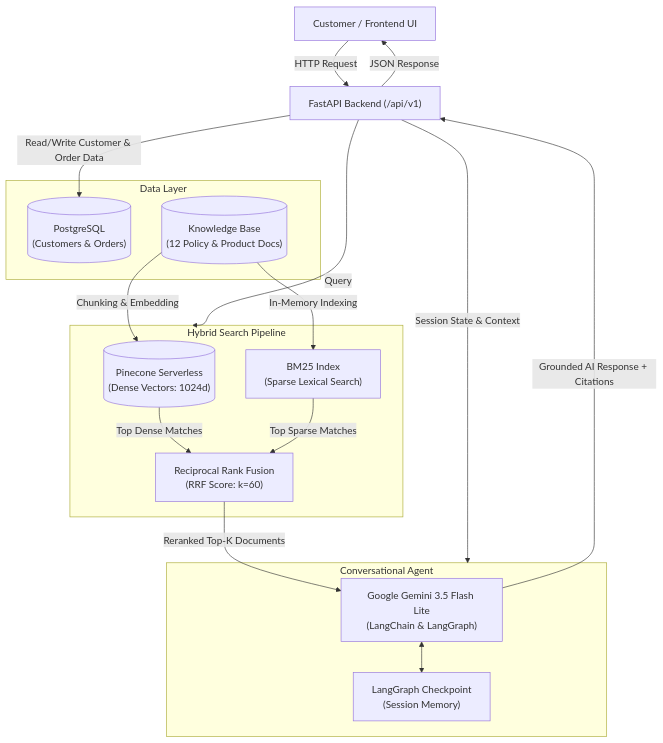
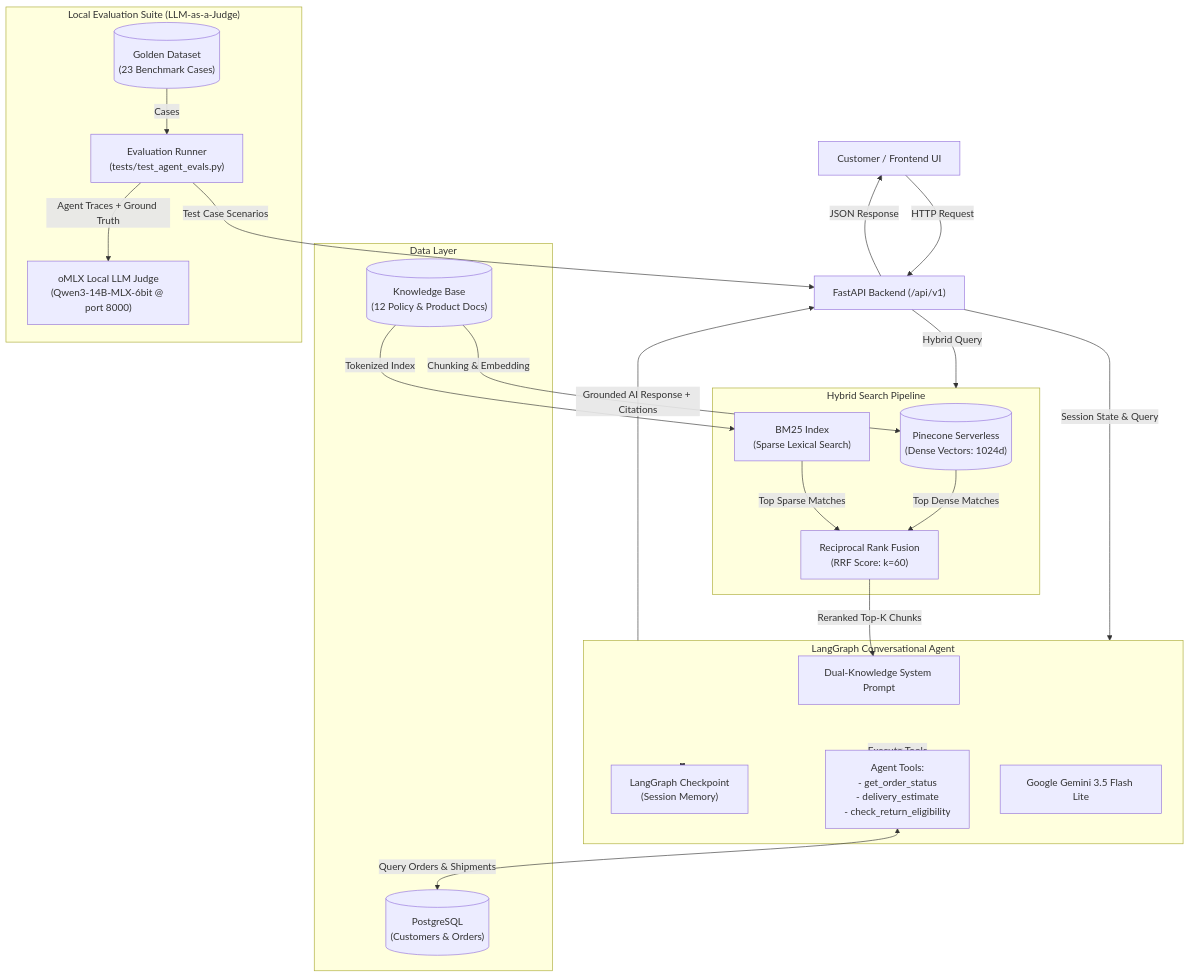
The diagram in README.md (rahulrajesh21/hybrid-rag-ecommerce-agent), drawn with Mermaid before and after one commit. The commit also changed other lines of this file and 1 other file, not shown here.

Commit message:
docs: update README with dual-knowledge architecture and LLM-as-a-judge evaluation suite

````diff
--- a/README.md
+++ b/README.md
@@ -11,32 +11,46 @@
 ```mermaid
 flowchart TD
     User["Customer / Frontend UI"] -->|HTTP Request| API["FastAPI Backend (/api/v1)"]
-    
+
     subgraph Storage ["Data Layer"]
         PG[("PostgreSQL\n(Customers & Orders)")]
         KB[("Knowledge Base\n(12 Policy & Product Docs)")]
     end
 
     subgraph RAG ["Hybrid Search Pipeline"]
         Pinecone[("Pinecone Serverless\n(Dense Vectors: 1024d)")]
         BM25["BM25 Index\n(Sparse Lexical Search)"]
         RRF["Reciprocal Rank Fusion\n(RRF Score: k=60)"]
     end
 
-    subgraph Agent ["Conversational Agent"]
-        Gemini["Google Gemini 3.5 Flash Lite\n(LangChain & LangGraph)"]
+    subgraph Agent ["LangGraph Conversational Agent"]
+        SystemPrompt["Dual-Knowledge System Prompt"]
+        Tools["Agent Tools:\n- get_order_status\n- delivery_estimate\n- check_return_eligibility"]
         Memory["LangGraph Checkpoint\n(Session Memory)"]
+        Gemini["Google Gemini 3.5 Flash Lite"]
     end
 
-    API -->|Read/Write Customer & Order Data| PG
-    API -->|Query| RAG
+    subgraph Evals ["Local Evaluation Suite (LLM-as-a-Judge)"]
+        GoldenDS[("Golden Dataset\n(23 Benchmark Cases)")]
+        EvalRunner["Evaluation Runner\n(tests/test_agent_evals.py)"]
+        JudgeModel["oMLX Local LLM Judge\n(Qwen3-14B-MLX-6bit @ port 8000)"]
+    end
+
+    API -->|Session State & Query| Agent
+    API -->|Hybrid Query| RAG
     KB -->|Chunking & Embedding| Pinecone
-    KB -->|In-Memory Indexing| BM25
+    KB -->|Tokenized Index| BM25
     Pinecone -->|Top Dense Matches| RRF
     BM25 -->|Top Sparse Matches| RRF
-    RRF -->|Reranked Top-K Documents| Gemini
-    API -->|Session State & Context| Agent
-    Gemini <--> Memory
-    Gemini -->|Grounded AI Response + Citations| API
+    RRF -->|Reranked Top-K Chunks| SystemPrompt
+    
+    Agent <-->|Execute Tools| Tools
+    Tools <-->|Query Orders & Shipments| PG
+    Agent <--> Memory
+    Agent -->|Grounded AI Response + Citations| API
     API -->|JSON Response| User
+
+    EvalRunner -->|Test Case Scenarios| API
+    EvalRunner -->|Agent Traces + Ground Truth| JudgeModel
+    GoldenDS -->|Cases| EvalRunner
 ```
````
